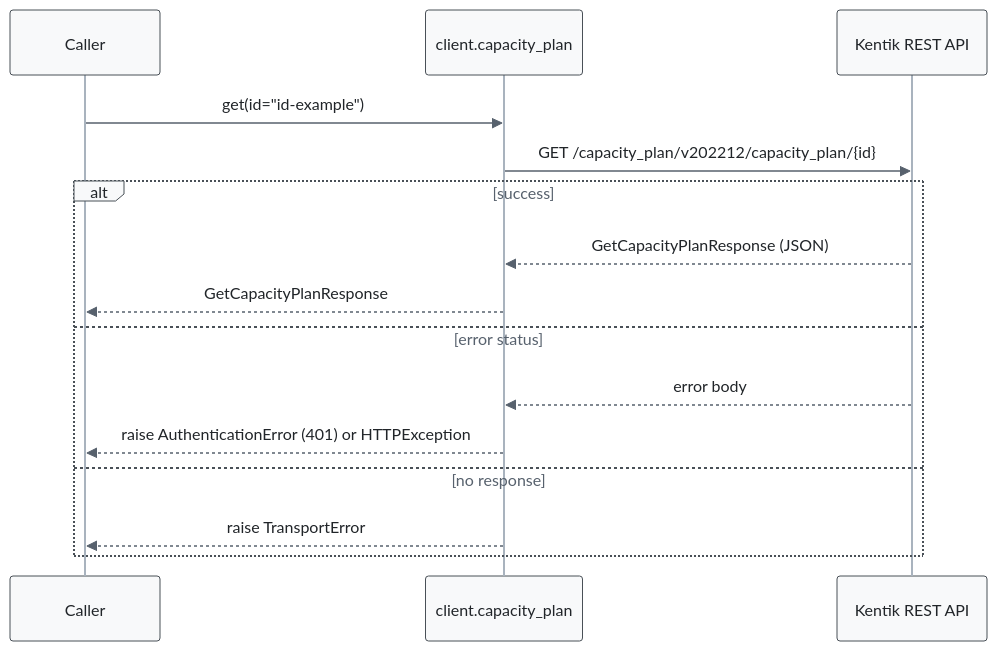
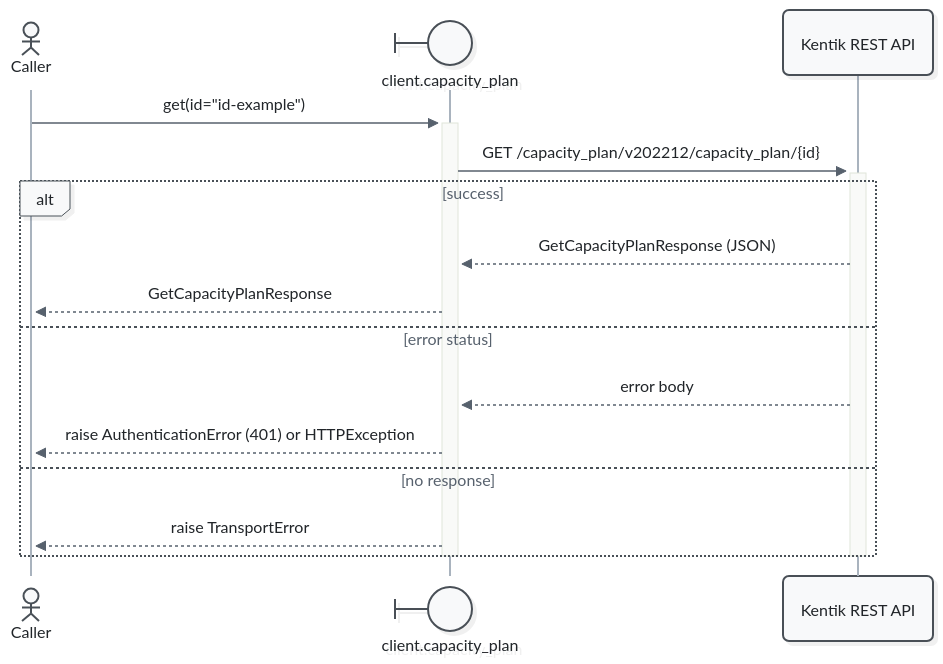
The fifth of 9 diagrams in docs/sphinx/services/capacity_plan.md (alexdearaujo/community_sdk_python), drawn with Mermaid before and after one commit. The commit also changed other lines of this file and 52 other files, not shown here.

First line of the commit message:
docs: Mermaid 12 sequence diagrams with participant types and path colors

````diff
--- a/docs/sphinx/services/capacity_plan.md
+++ b/docs/sphinx/services/capacity_plan.md
@@ -173,19 +183,21 @@
 ```mermaid
-%%{init: {"theme": "base", "fontFamily": "ui-monospace, SFMono-Regular, Menlo, monospace", "themeVariables": {"fontFamily": "ui-monospace, SFMono-Regular, Menlo, monospace", "primaryColor": "#f8f9fa", "primaryBorderColor": "#495057", "primaryTextColor": "#212529", "textColor": "#212529", "lineColor": "#77818c", "edgeLabelBackground": "#ffffff", "actorBkg": "#f8f9fa", "actorBorder": "#495057", "actorTextColor": "#212529", "actorLineColor": "#a9b3be", "signalColor": "#57616d", "signalTextColor": "#212529", "labelBoxBkgColor": "#f8f9fa", "labelBoxBorderColor": "#495057", "labelTextColor": "#212529", "loopTextColor": "#57616d", "noteBkgColor": "#fff9db", "noteBorderColor": "#f08c00", "noteTextColor": "#a35a00"}, "flowchart": {"curve": "step", "nodeSpacing": 30, "rankSpacing": 70, "wrappingWidth": 400}}}%%
+%%{init: {"theme": "redux", "look": "neo", "layout": "dagre", "fontFamily": "ui-monospace, SFMono-Regular, Menlo, monospace", "themeVariables": {"fontFamily": "ui-monospace, SFMono-Regular, Menlo, monospace", "primaryColor": "#f8f9fa", "primaryBorderColor": "#495057", "primaryTextColor": "#212529", "textColor": "#212529", "lineColor": "#77818c", "edgeLabelBackground": "#ffffff", "actorBkg": "#f8f9fa", "actorBorder": "#495057", "actorTextColor": "#212529", "actorLineColor": "#a9b3be", "signalColor": "#57616d", "signalTextColor": "#212529", "labelBoxBkgColor": "#f8f9fa", "labelBoxBorderColor": "#495057", "labelTextColor": "#212529", "loopTextColor": "#57616d", "noteBkgColor": "#fff9db", "noteBorderColor": "#f08c00", "noteTextColor": "#a35a00"}, "sequence": {"activationWidth": 16}, "flowchart": {"curve": "step", "nodeSpacing": 30, "rankSpacing": 70, "wrappingWidth": 400}}}%%
 sequenceDiagram
-    participant C as Caller
-    participant W as client.capacity_plan
+    actor C as Caller
+    participant W@{ "type": "boundary" } as client.capacity_plan
     participant API as Kentik REST API
 
-    C->>W: get(id="id-example")
-    W->>API: GET /capacity_plan/v202212/capacity_plan/{id}
+    C->>+W: get(id="id-example")
+    W->>+API: GET /capacity_plan/v202212/capacity_plan/{id}
     alt success
         API-->>W: GetCapacityPlanResponse (JSON)
         W-->>C: GetCapacityPlanResponse
     else error status
         API-->>W: error body
         W-->>C: raise AuthenticationError (401) or HTTPException
     else no response
         W-->>C: raise TransportError
     end
+    deactivate API
+    deactivate W
 ```
````
